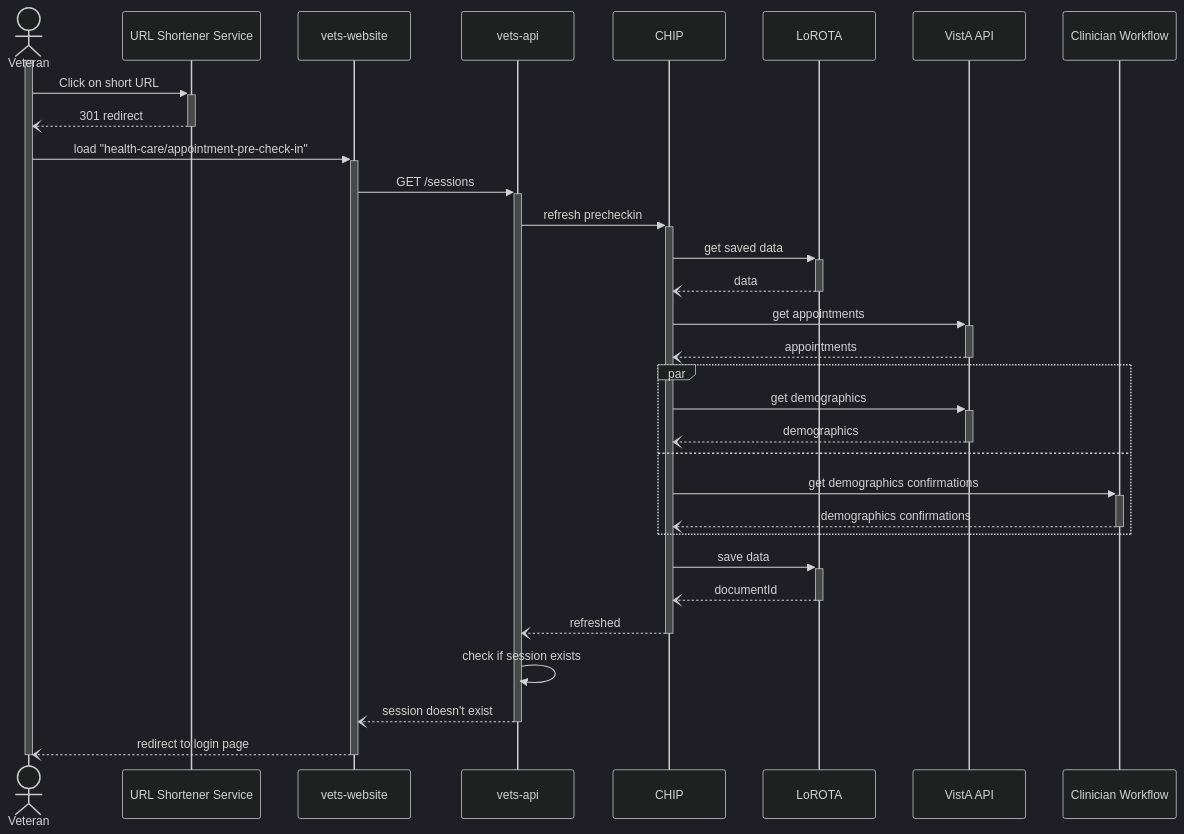
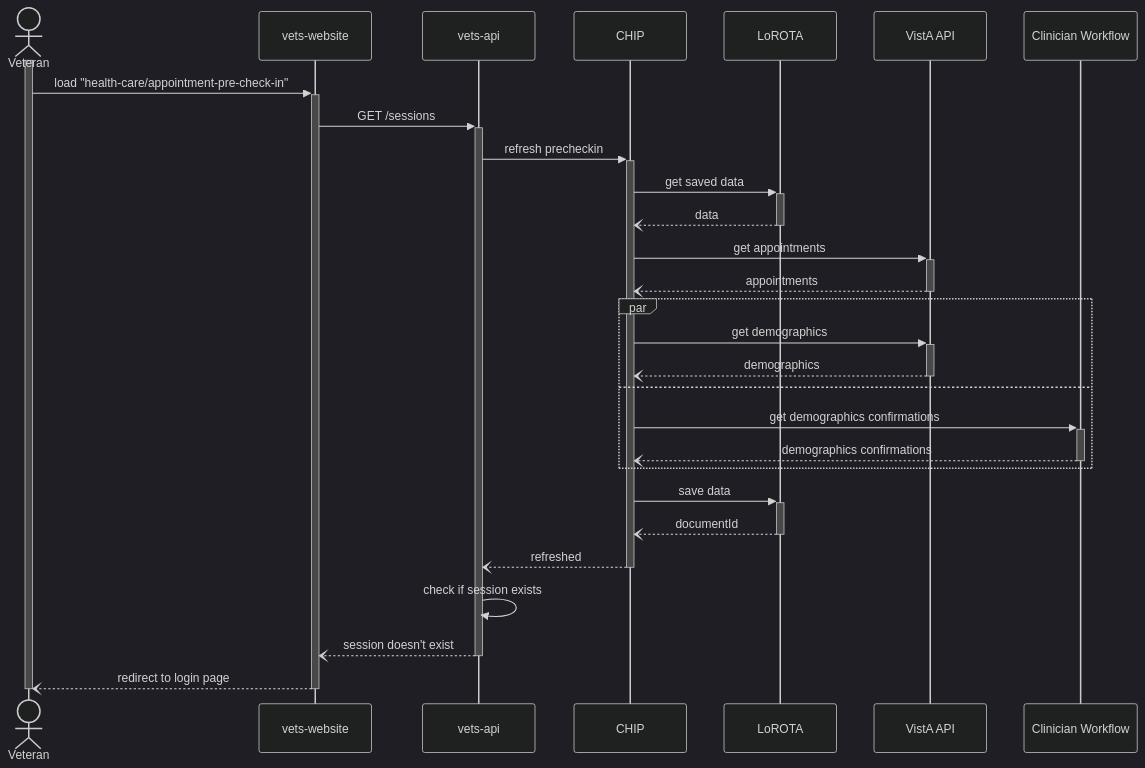
The third of 5 diagrams in products/health-care/checkin/engineering/architecture-diagrams/sequenceDiagram_preCheckInExp.md (department-of-veterans-affairs/va.gov-team), drawn with Mermaid (dark theme) before and after one commit. The commit also changed other lines of this file, not shown here.

````diff
--- a/products/health-care/checkin/engineering/architecture-diagrams/sequenceDiagram_preCheckInExp.md
+++ b/products/health-care/checkin/engineering/architecture-diagrams/sequenceDiagram_preCheckInExp.md
@@ -54,36 +85,35 @@
 ```mermaid
 sequenceDiagram
-    actor vet as Veteran
-    participant url as URL Shortener Service
-    participant web as vets-website
-    participant api as vets-api
-    participant c as CHIP
-    participant l as LoROTA
-    participant va as VistA API
-    participant cw as Clinician Workflow
+  actor vet as Veteran
+  participant web as vets-website
+  participant api as vets-api
+  participant c as CHIP
+  participant l as LoROTA
+  participant va as VistA API
+  participant cw as Clinician Workflow
 
-    activate vet
-    vet->>+url: Click on short URL
-    url--)-vet: 301 redirect
-    vet->>+web: load "health-care/appointment-pre-check-in"
-    web->>+api: GET /sessions
-    api->>+c: refresh precheckin
-    c->>+l: get saved data
-    l--)-c: data
-    c->>+va: get appointments
-    va--)-c: appointments
-    par
+  activate vet
+
+  vet->>+web: load "health-care/appointment-pre-check-in"
+  web->>+api: GET /sessions
+  api->>+c: refresh precheckin
+
+  c->>+l: get saved data
+  l--)-c: data
+  c->>+va: get appointments
+  va--)-c: appointments
+  par
     c->>+va: get demographics
     va--)-c: demographics
-    and
+  and
     c->>+cw: get demographics confirmations
     cw--)-c: demographics confirmations
-    end
-    c->>+l: save data
-    l--)-c: documentId
-    c--)-api: refreshed
-    api->>api: check if session exists
-    api--)-web: session doesn't exist
-    web--)-vet: redirect to login page
-    deactivate vet
+  end
+  c->>+l: save data
+  l--)-c: documentId
+  c--)-api: refreshed
+  api->>api: check if session exists
+  api--)-web: session doesn't exist
+  web--)-vet: redirect to login page
+  deactivate vet
 ```
````
